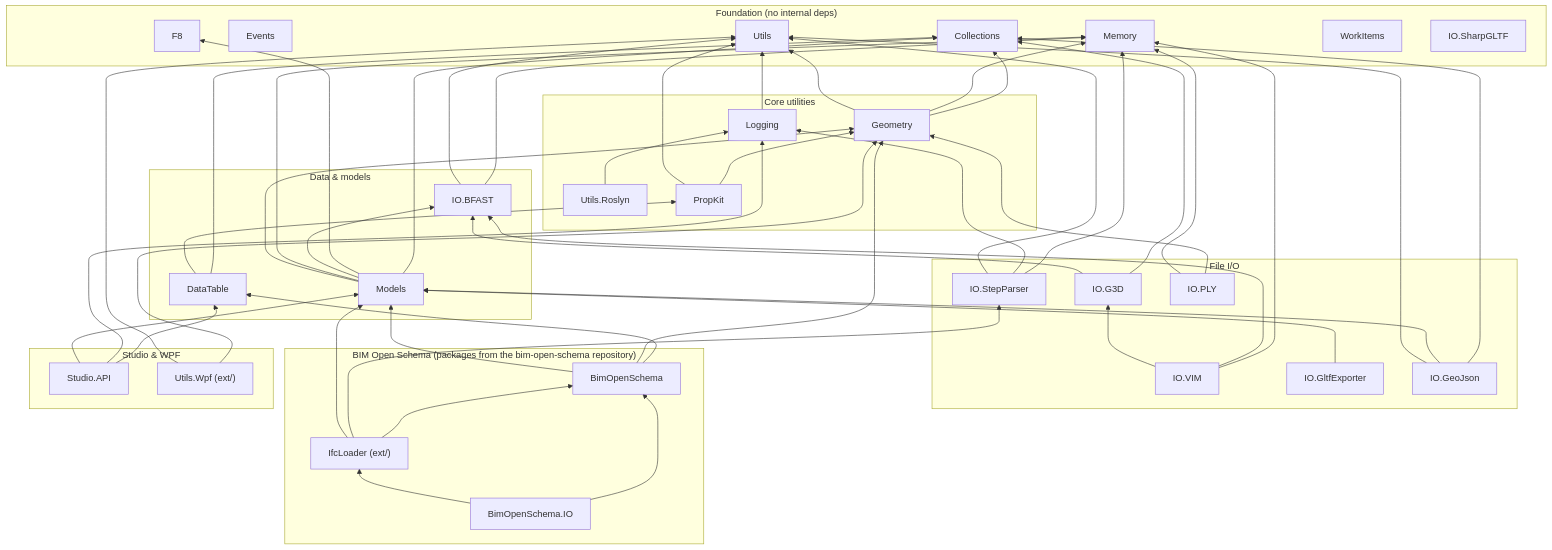
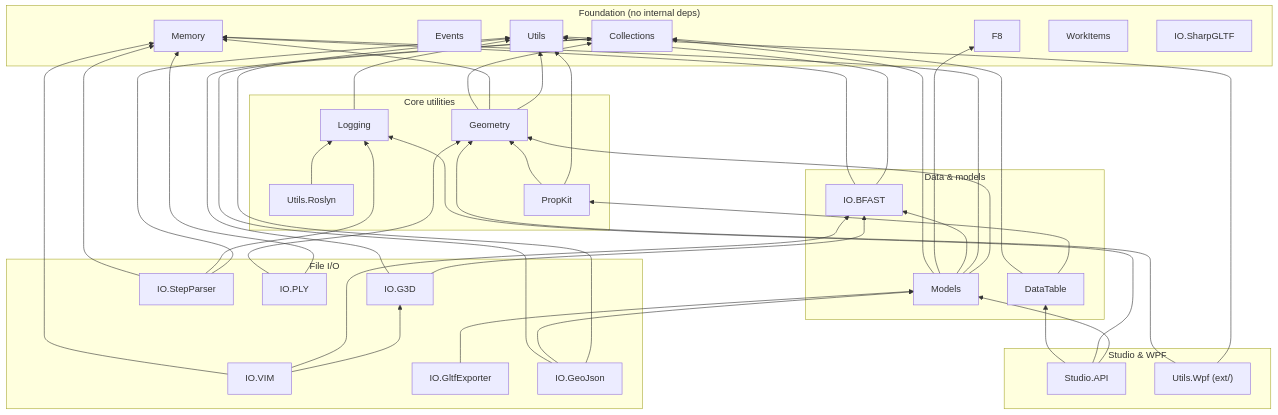
One commit to ehtick/ara3d-sdk changed the second of 3 diagrams in docs/PACKAGES.md. Above: the diagram before and after it, drawn with Mermaid. The commit also changed other lines of this file and 688 other files, not shown here.

First line of the commit message:
Move the Revit, BIM Open Schema, and IFC projects to bim-open-toolkit

````diff
--- a/docs/PACKAGES.md
+++ b/docs/PACKAGES.md
@@ -56,71 +56,61 @@
 ```mermaid
 flowchart BT
 
   subgraph leaves ["Foundation (no internal deps)"]
     Collections
     Events
     F8
     Memory
     Utils
     WorkItems
     SharpGLTF["IO.SharpGLTF"]
   end
 
   subgraph core ["Core utilities"]
     Logging --> Utils
     UtilsRoslyn["Utils.Roslyn"] --> Logging
     Geometry --> Collections
     Geometry --> Memory
     Geometry --> Utils
     PropKit --> Geometry
     PropKit --> Utils
   end
 
   subgraph data ["Data & models"]
     DataTable --> Collections
     DataTable --> PropKit
     Models --> Collections
     Models --> F8
     Models --> BFAST["IO.BFAST"]
     Models --> Memory
     Models --> Geometry
     BFAST --> Memory
     BFAST --> Utils
   end
 
   subgraph io ["File I/O"]
     G3D["IO.G3D"] --> Collections
     G3D --> BFAST
     VIM["IO.VIM"] --> Memory
     VIM --> BFAST
     VIM --> G3D
     StepParser["IO.StepParser"] --> Memory
     StepParser --> Logging
     StepParser --> Utils
     PLY["IO.PLY"] --> Geometry
     PLY --> Memory
     GltfExporter["IO.GltfExporter"] --> Models
     GeoJson["IO.GeoJson"] --> Collections
     GeoJson --> Models
     GeoJson --> Utils
   end
 
-  subgraph bim ["BIM Open Schema (packages from the bim-open-schema repository)"]
-    BOS["BimOpenSchema"] --> DataTable
-    BOS --> Geometry
-    BOS --> Models
-    IfcLoader["IfcLoader (ext/)"] --> BOS
-    IfcLoader --> StepParser
-    IfcLoader --> Models
-    BOSIO["BimOpenSchema.IO"] --> BOS
-    BOSIO --> IfcLoader
-  end
 
   subgraph studio ["Studio & WPF"]
     StudioAPI["Studio.API"] --> DataTable
     StudioAPI --> Logging
     StudioAPI --> Models
     UtilsWpf["Utils.Wpf (ext/)"] --> Geometry
     UtilsWpf --> Utils
   end
 ```
````
